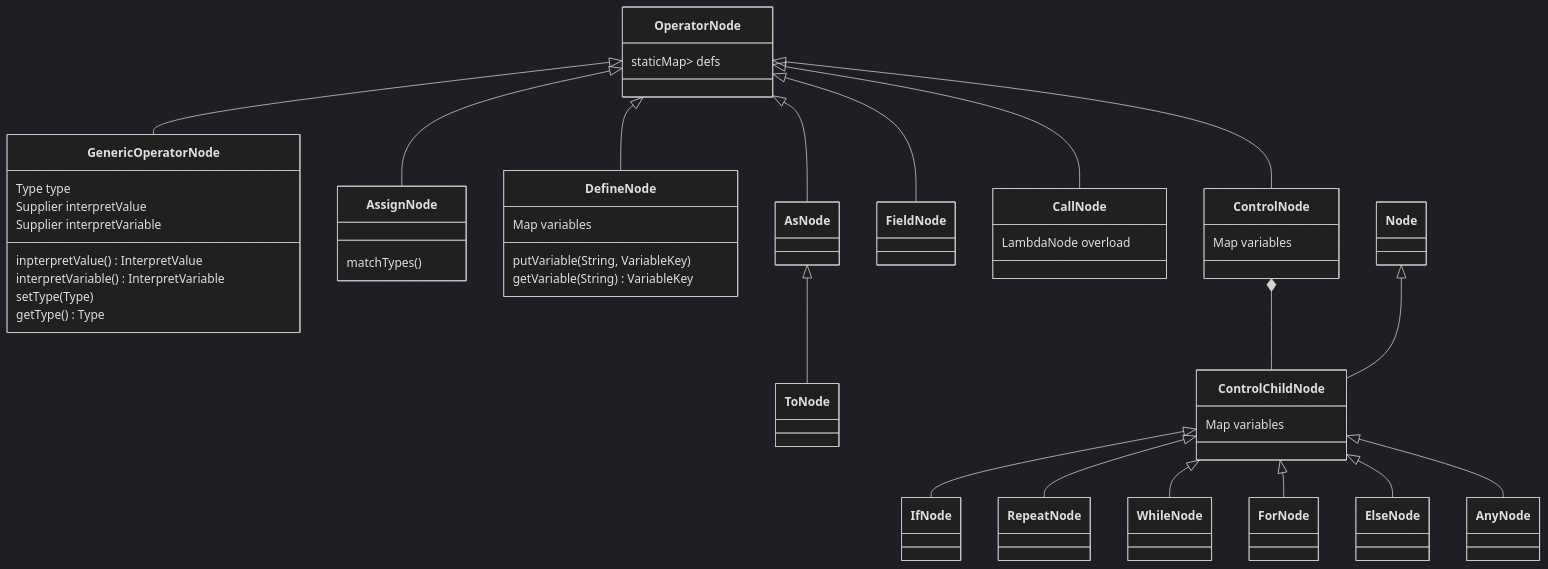
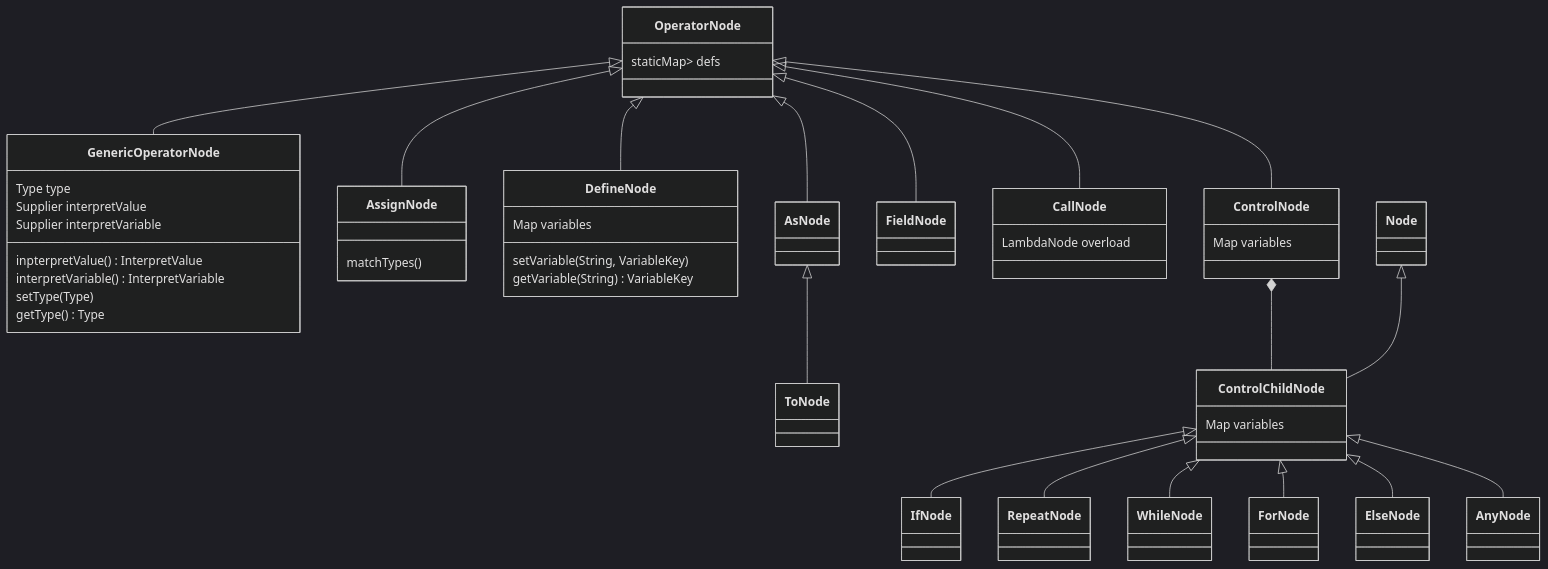
Before and after one commit to Jzhyang1/Monomer: the third of 8 diagrams in Implementation.md, drawn with Mermaid (dark theme). The commit also changed other lines of this file, not shown here.

````diff
--- a/Implementation.md
+++ b/Implementation.md
@@ -164,41 +164,41 @@
 ```mermaid
 classDiagram
 OperatorNode <|-- GenericOperatorNode
 OperatorNode <|-- AssignNode
 OperatorNode <|-- DefineNode
 OperatorNode <|-- AsNode
 AsNode <|-- ToNode
 OperatorNode <|-- FieldNode
 OperatorNode <|-- CallNode
 OperatorNode <|-- ControlNode
 ControlNode *-- ControlChildNode
 Node <|-- ControlChildNode
 ControlChildNode <|-- IfNode
 ControlChildNode <|-- RepeatNode
 ControlChildNode <|-- WhileNode
 ControlChildNode <|-- ForNode
 ControlChildNode <|-- ElseNode
 ControlChildNode <|-- AnyNode
 
 OperatorNode: staticMap<String,Supplier<OperatorNode>> defs
 
 GenericOperatorNode: Type type
 GenericOperatorNode: Supplier<InterpretValue> interpretValue
 GenericOperatorNode: Supplier<InterpretVariable> interpretVariable
 GenericOperatorNode: inpterpretValue() InterpretValue
 GenericOperatorNode: interpretVariable() InterpretVariable
 GenericOperatorNode: setType(Type)
 GenericOperatorNode: getType() Type
 
 AssignNode: matchTypes()
 
 DefineNode: Map<String,VariableKey> variables
-DefineNode: putVariable(String, VariableKey)
+DefineNode: setVariable(String, VariableKey)
 DefineNode: getVariable(String) VariableKey
 
 ControlNode: Map<String,VariableKey> variables
 
 CallNode: LambdaNode overload
 
 ControlChildNode: Map<String,VariableKey> variables
 ```
````
